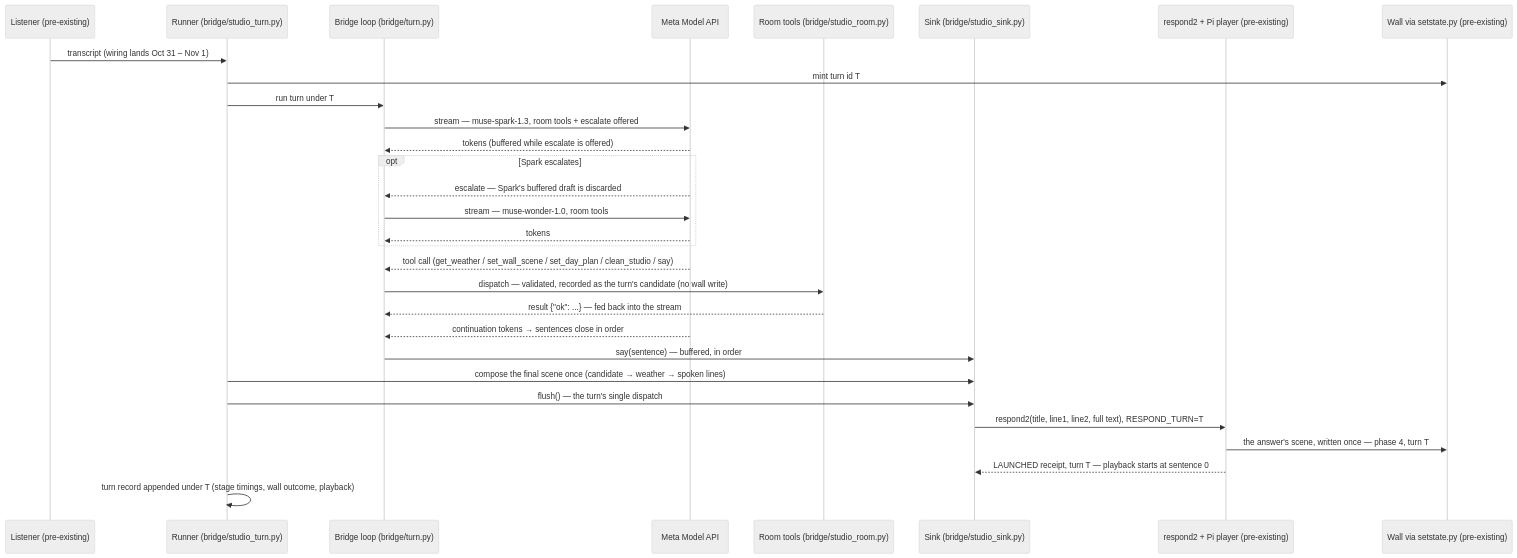
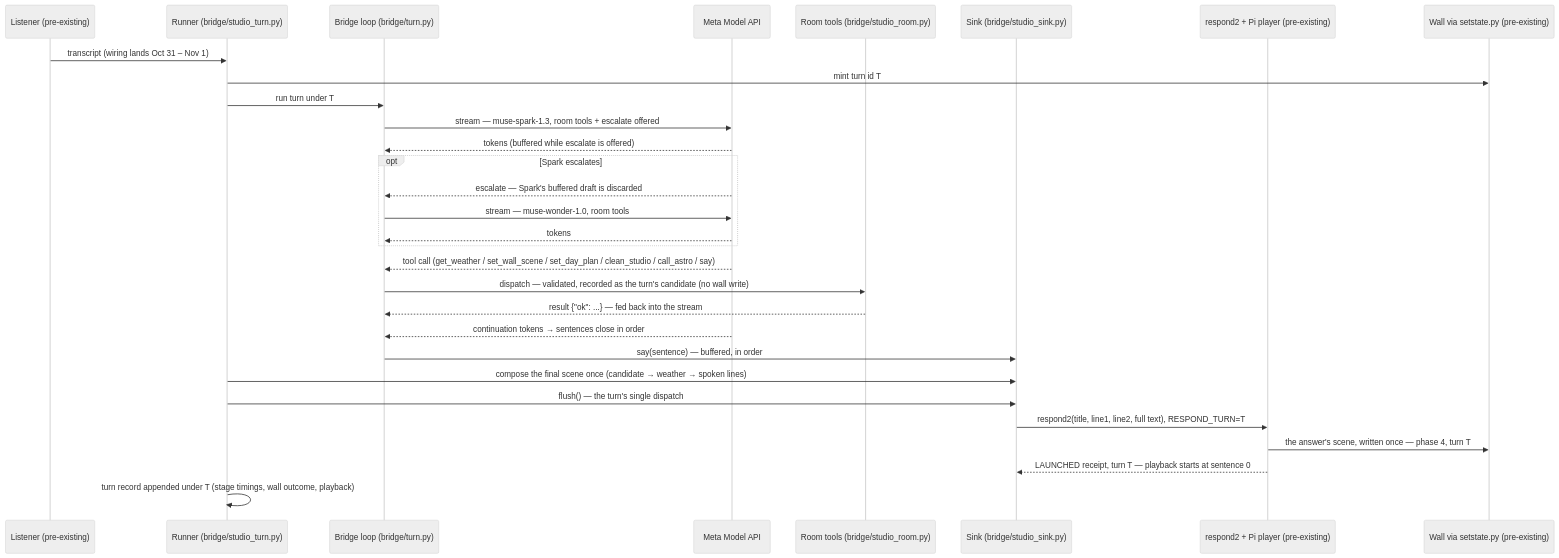
Before and after one commit to ztdgtll/musez-home: the diagram in README.md, drawn with Mermaid (neutral theme). The commit also changed other lines of this file and 7 other files, not shown here.

First line of the commit message:
call_astro: dispatch the household robot Astro via Voice Monkey triggers

````diff
--- a/README.md
+++ b/README.md
@@ -69,32 +69,32 @@
 ```mermaid
 sequenceDiagram
     participant L as Listener (pre-existing)
     participant R as Runner (bridge/studio_turn.py)
     participant B as Bridge loop (bridge/turn.py)
     participant M as Meta Model API
     participant Room as Room tools (bridge/studio_room.py)
     participant S as Sink (bridge/studio_sink.py)
     participant P as respond2 + Pi player (pre-existing)
     participant W as Wall via setstate.py (pre-existing)
     L->>R: transcript (wiring lands Oct 31 – Nov 1)
     R->>W: mint turn id T
     R->>B: run turn under T
     B->>M: stream — muse-spark-1.3, room tools + escalate offered
     M-->>B: tokens (buffered while escalate is offered)
     opt Spark escalates
         M-->>B: escalate — Spark's buffered draft is discarded
         B->>M: stream — muse-wonder-1.0, room tools
         M-->>B: tokens
     end
-    M-->>B: tool call (get_weather / set_wall_scene / set_day_plan / clean_studio / say)
+    M-->>B: tool call (get_weather / set_wall_scene / set_day_plan / clean_studio / call_astro / say)
     B->>Room: dispatch — validated, recorded as the turn's candidate (no wall write)
     Room-->>B: result {"ok": ...} — fed back into the stream
     M-->>B: continuation tokens → sentences close in order
     B->>S: say(sentence) — buffered, in order
     R->>S: compose the final scene once (candidate → weather → spoken lines)
     R->>S: flush() — the turn's single dispatch
     S->>P: respond2(title, line1, line2, full text), RESPOND_TURN=T
     P->>W: the answer's scene, written once — phase 4, turn T
     P-->>S: LAUNCHED receipt, turn T — playback starts at sentence 0
     R->>R: turn record appended under T (stage timings, wall outcome, playback)
 ```
````
